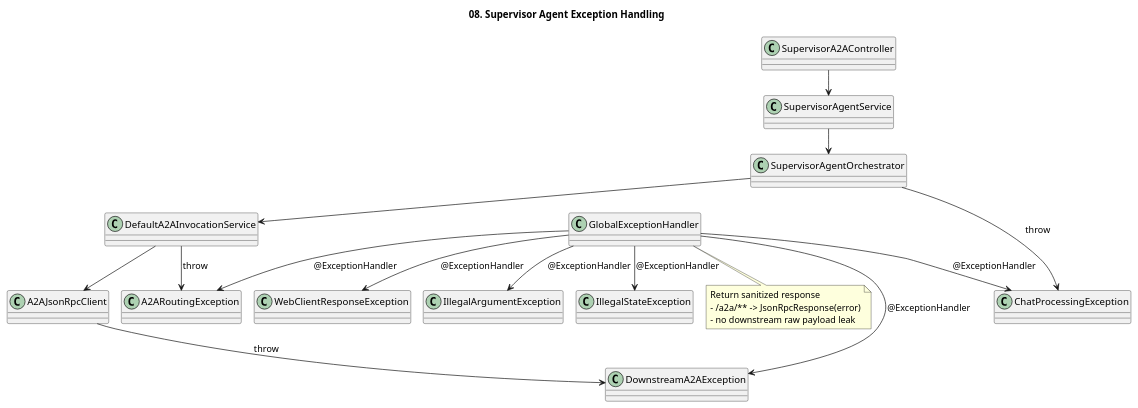
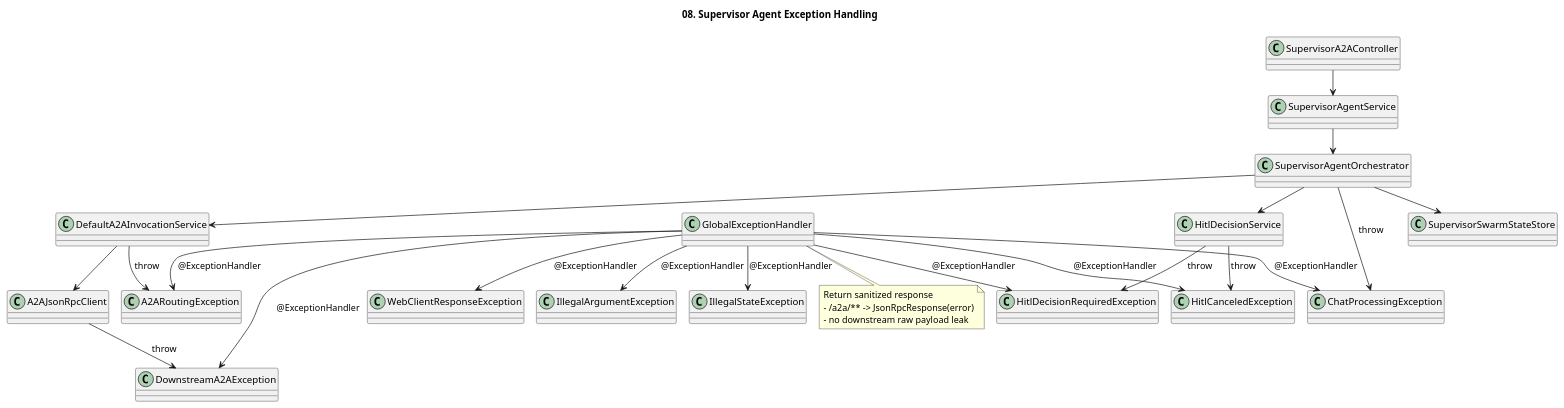
Before and after one commit to kim57uak/spring-ai: the diagram in documents/a2a-host_agent-architecture/08-exception-handling.puml, drawn with PlantUML. The commit also changed 99 other files, not shown here.

Commit message:
feat: implement supervisor HITL swarm flow and task review updates

```diff
--- a/documents/a2a-host_agent-architecture/08-exception-handling.puml
+++ b/documents/a2a-host_agent-architecture/08-exception-handling.puml
@@ -1,42 +1,57 @@
 @startuml
 !pragma layout smetana
 title 08. Supervisor Agent Exception Handling
 
 skinparam shadowing false
 skinparam componentStyle rectangle
 
 class SupervisorA2AController
 class SupervisorAgentService
 class SupervisorAgentOrchestrator
+class HitlDecisionService
 class DefaultA2AInvocationService
 class A2AJsonRpcClient
 class GlobalExceptionHandler
+class SupervisorSwarmStateStore
 
 class ChatProcessingException
 class DownstreamA2AException
 class A2ARoutingException
+class HitlDecisionRequiredException
+class HitlCanceledException
 class WebClientResponseException
 
 SupervisorA2AController --> SupervisorAgentService
 SupervisorAgentService --> SupervisorAgentOrchestrator
+SupervisorAgentOrchestrator --> HitlDecisionService
 SupervisorAgentOrchestrator --> DefaultA2AInvocationService
+SupervisorAgentOrchestrator --> SupervisorSwarmStateStore
 DefaultA2AInvocationService --> A2AJsonRpcClient
 
 A2AJsonRpcClient --> DownstreamA2AException : throw
 DefaultA2AInvocationService --> A2ARoutingException : throw
 SupervisorAgentOrchestrator --> ChatProcessingException : throw
+HitlDecisionService --> HitlDecisionRequiredException : throw
+HitlDecisionService --> HitlCanceledException : throw
 
 GlobalExceptionHandler --> ChatProcessingException : @ExceptionHandler
 GlobalExceptionHandler --> DownstreamA2AException : @ExceptionHandler
 GlobalExceptionHandler --> A2ARoutingException : @ExceptionHandler
+GlobalExceptionHandler --> HitlDecisionRequiredException : @ExceptionHandler
+GlobalExceptionHandler --> HitlCanceledException : @ExceptionHandler
 GlobalExceptionHandler --> WebClientResponseException : @ExceptionHandler
 GlobalExceptionHandler --> IllegalArgumentException : @ExceptionHandler
 GlobalExceptionHandler --> IllegalStateException : @ExceptionHandler
 
 note bottom of GlobalExceptionHandler
 Return sanitized response
 - /a2a/** -> JsonRpcResponse(error)
 - no downstream raw payload leak
 end note
 
+' 2026-04-12 sync with docs 30/31
+' - Scope: HITL decision limited to APPROVE/CANCEL in current phase
+' - Data mutation requests (create/update/delete) require mandatory HITL
+' - A2A compatibility mode keeps both legacy and v1.0 methods
+' - User profile input collection is deferred to next phase
 @enduml
```
